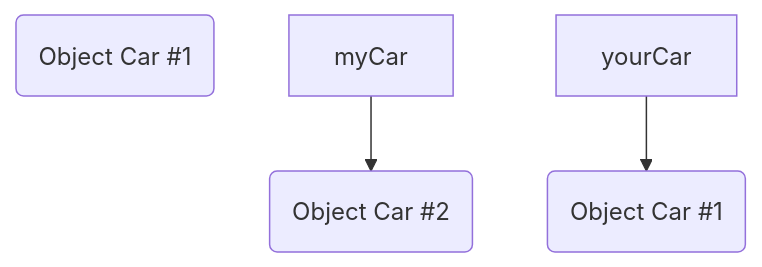
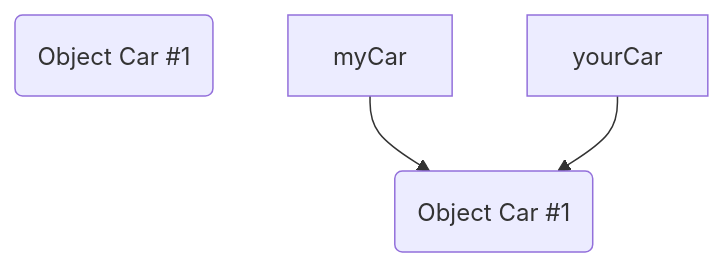
One commit to vesavvo/Object-Oriented-Programming changed the second of 2 diagrams in 2.3_Association.md. Above: the diagram before and after it, drawn with Mermaid. The commit also changed other lines of this file and 2 other files, not shown here.

Commit message:
Mermaid pictures seems to work, deleted two .png pictures (replaced with mermaid pictures)

````diff
--- a/2.3_Association.md
+++ b/2.3_Association.md
@@ -45,6 +41,6 @@
 ```mermaid
 graph TD
     o1(Object Car #1)
     r1[myCar] --> o2(Object Car #2)
-    r2[yourCar] --> o2o1(Object Car #1)
+    r2[yourCar] --> o2(Object Car #1)
 ```
````
